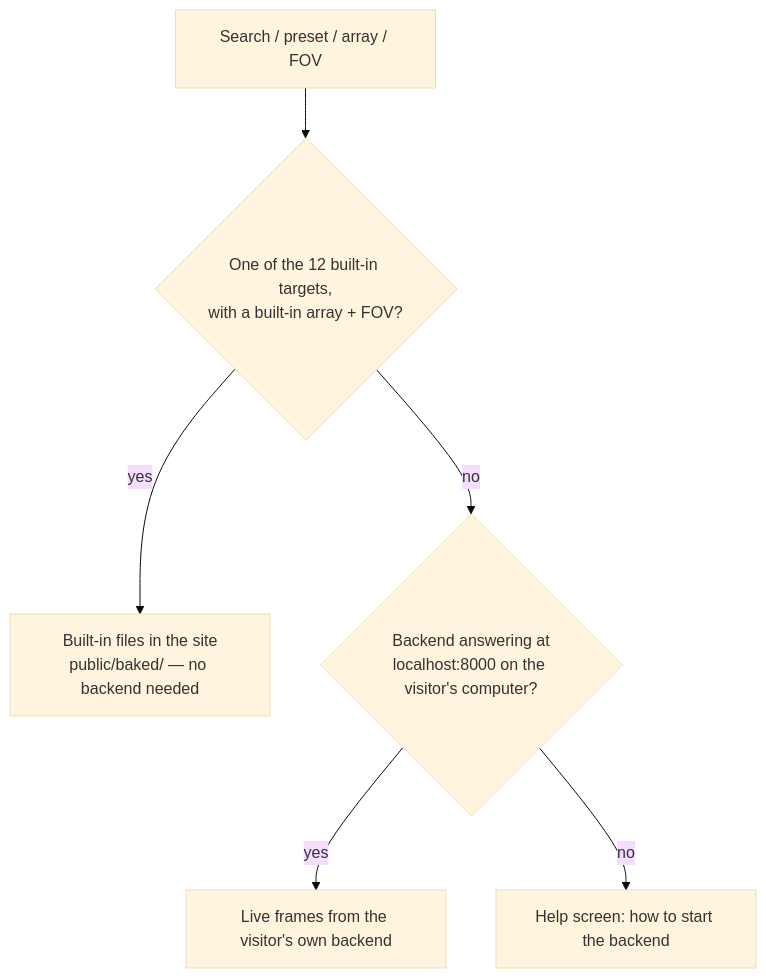
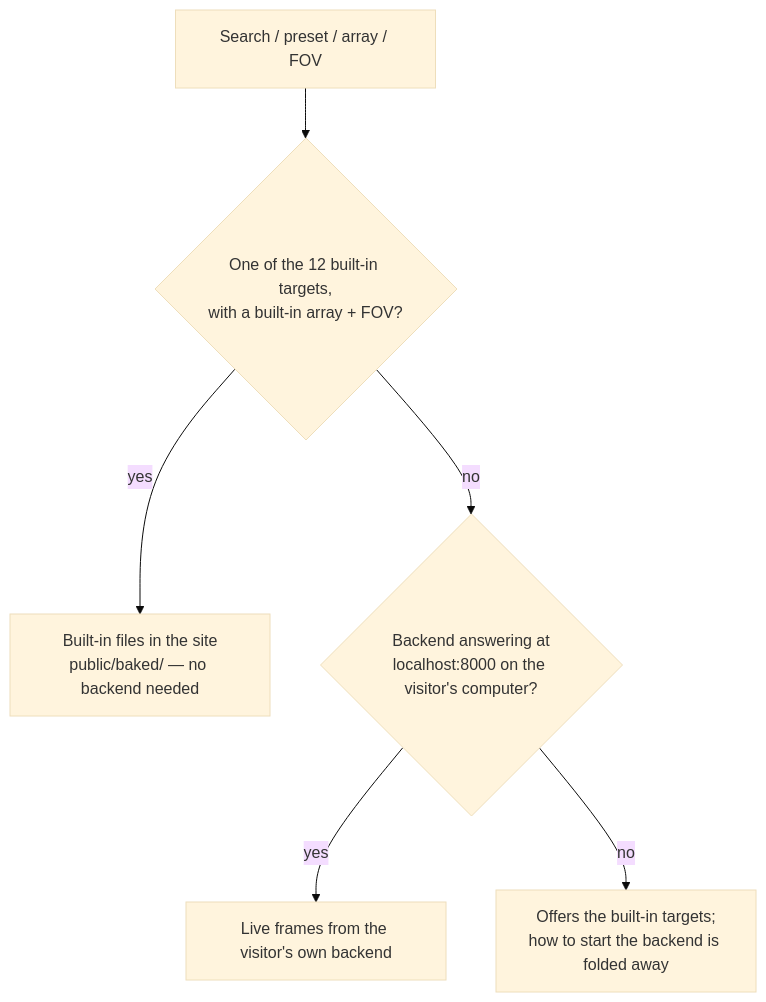
The first of 2 diagrams in README.md (MinionYuriTeam/minion-yuri-SphereX), drawn with Mermaid (base theme) before and after one commit. The commit also changed other lines of this file and 4 other files, not shown here.

````diff
--- a/README.md
+++ b/README.md
@@ -205,8 +205,8 @@
 ```mermaid
 flowchart TD
     S[Search / preset / array / FOV] --> Q{One of the 12 built-in targets,<br/>with a built-in array + FOV?}
     Q -- yes --> B[Built-in files in the site<br/>public/baked/ — no backend needed]
     Q -- no --> L{Backend answering at<br/>localhost:8000 on the visitor's computer?}
     L -- yes --> R[Live frames from the visitor's own backend]
-    L -- no --> H[Help screen: how to start the backend]
+    L -- no --> H[Offers the built-in targets;<br/>how to start the backend is folded away]
 ```
````
